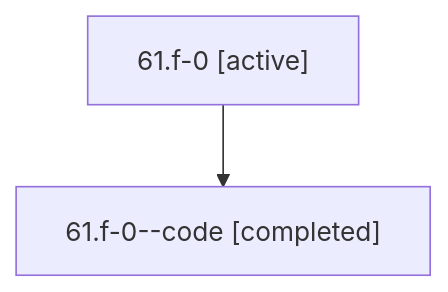
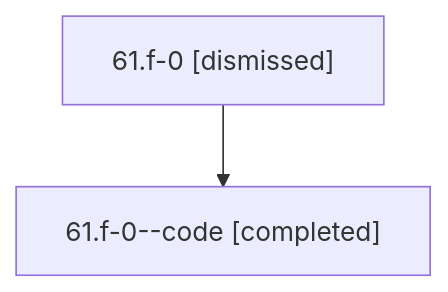
Before and after one commit to bobs-org/bob-cli--agents: the diagram in sessions/bbugyi200.athena.61.f-0.md, drawn with Mermaid. The commit also changed other lines of this file and 18 other files, not shown here.

````diff
--- a/sessions/bbugyi200.athena.61.f-0.md
+++ b/sessions/bbugyi200.athena.61.f-0.md
@@ -9,6 +9,6 @@
 ```mermaid
 flowchart TD
-  n0["61.f-0 [active]"]
+  n0["61.f-0 [dismissed]"]
   n1["61.f-0--code [completed]"]
   n0 --> n1
 ```
````
